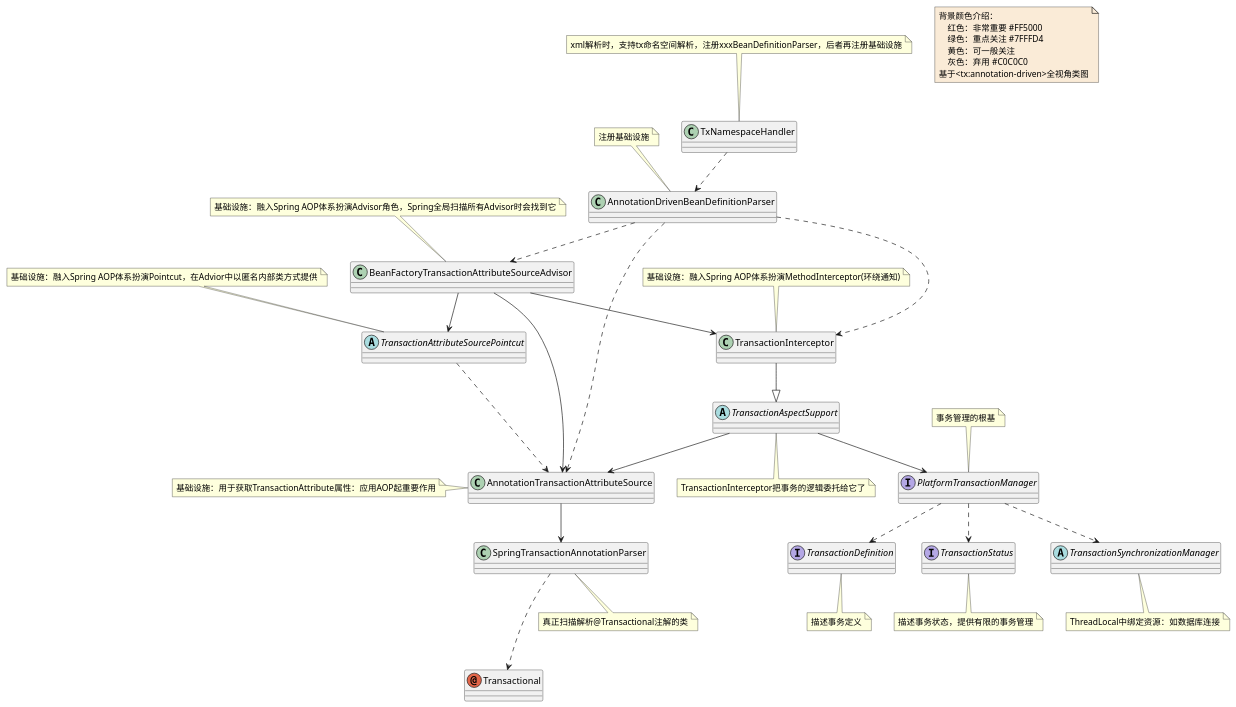
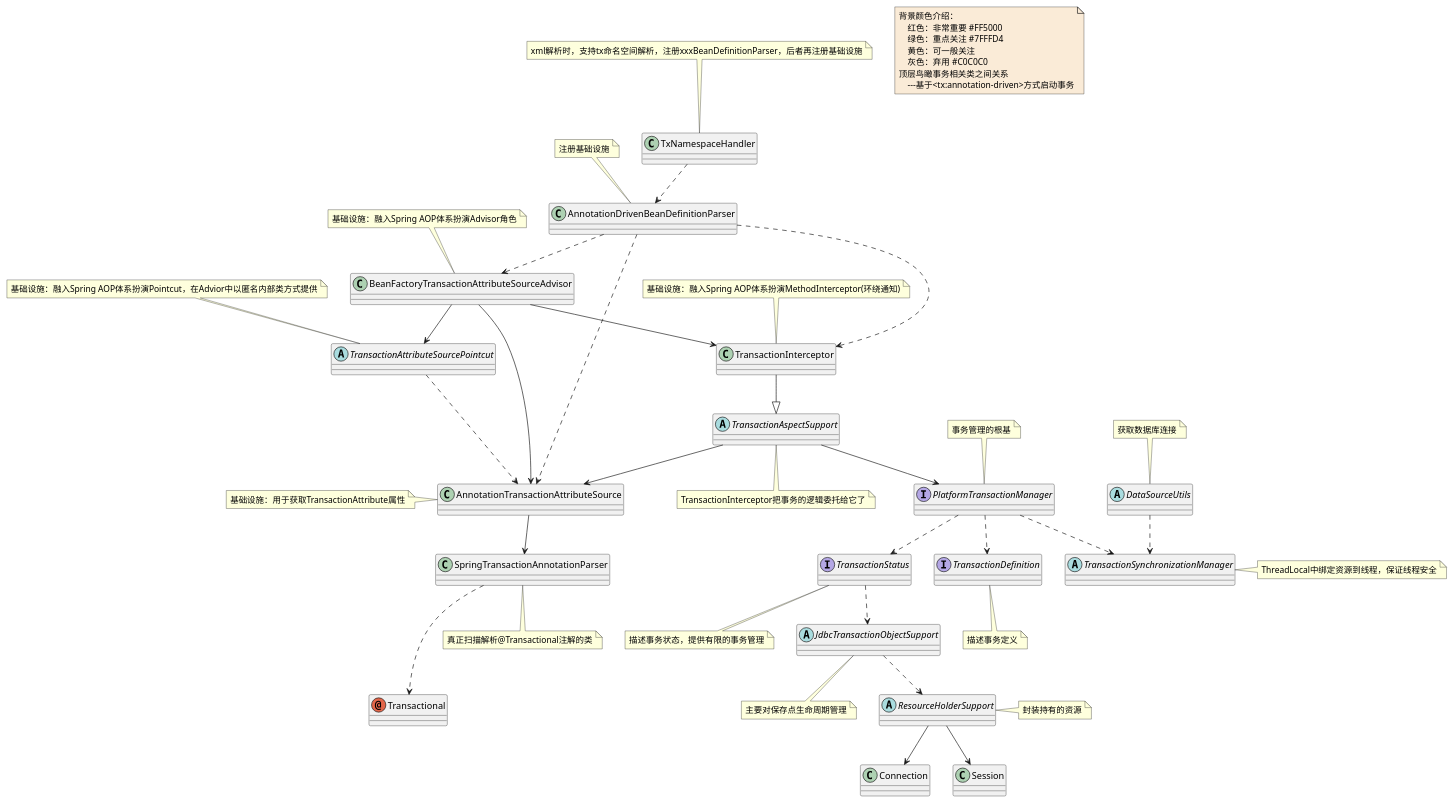
The diagram in document/spring/data/class/Top-Aerial-View-Transaction-class.puml (czwer/learn-spring-code), drawn with PlantUML before and after one commit. The commit also changed 23 other files, not shown here.

```diff
--- a/document/spring/data/class/Top-Aerial-View-Transaction-class.puml
+++ b/document/spring/data/class/Top-Aerial-View-Transaction-class.puml
@@ -1,85 +1,104 @@
 @startuml
 
 note  as N1 #FAEBD7
     背景颜色介绍：
         红色：非常重要 #FF5000
         绿色：重点关注 #7FFFD4
         黄色：可一般关注
         灰色：弃用 #C0C0C0
-    基于<tx:annotation-driven>全视角类图
+    顶层鸟瞰事务相关类之间关系
+        ---基于<tx:annotation-driven>方式启动事务
 end note
 
 
 class AnnotationDrivenBeanDefinitionParser
 note top :注册基础设施
 
 class AnnotationTransactionAttributeSource
-note left : 基础设施：用于获取TransactionAttribute属性：应用AOP起重要作用
+note left : 基础设施：用于获取TransactionAttribute属性
 
 class BeanFactoryTransactionAttributeSourceAdvisor
-note top : 基础设施：融入Spring AOP体系扮演Advisor角色，Spring全局扫描所有Advisor时会找到它
+note top : 基础设施：融入Spring AOP体系扮演Advisor角色
+
+abstract class DataSourceUtils
+note top : 获取数据库连接
+
+abstract class JdbcTransactionObjectSupport
+note bottom : 主要对保存点生命周期管理
 
 interface PlatformTransactionManager
 note top : 事务管理的根基
+
+abstract class ResourceHolderSupport
+note right : 封装持有的资源
 
 class SpringTransactionAnnotationParser
 note bottom : 真正扫描解析@Transactional注解的类
 
 annotation Transactional
 
 abstract class TransactionAspectSupport
 note bottom : TransactionInterceptor把事务的逻辑委托给它了
 
 
 abstract class TransactionAttributeSourcePointcut
 note top : 基础设施：融入Spring AOP体系扮演Pointcut，在Advior中以匿名内部类方式提供
 
 
 interface TransactionDefinition
 note bottom : 描述事务定义
 
 class TransactionInterceptor
 note top : 基础设施：融入Spring AOP体系扮演MethodInterceptor(环绕通知)
 
 class TxNamespaceHandler
 note top :xml解析时，支持tx命名空间解析，注册xxxBeanDefinitionParser，后者再注册基础设施
 
 interface TransactionStatus
 note bottom : 描述事务状态，提供有限的事务管理
 
 abstract class TransactionSynchronizationManager
-note bottom : ThreadLocal中绑定资源：如数据库连接
+note right : ThreadLocal中绑定资源到线程，保证线程安全
 
 AnnotationDrivenBeanDefinitionParser ..> AnnotationTransactionAttributeSource
 AnnotationDrivenBeanDefinitionParser ..> BeanFactoryTransactionAttributeSourceAdvisor
 AnnotationDrivenBeanDefinitionParser ..> TransactionInterceptor
 
 
 AnnotationTransactionAttributeSource --> SpringTransactionAnnotationParser
 
 BeanFactoryTransactionAttributeSourceAdvisor --> AnnotationTransactionAttributeSource
 BeanFactoryTransactionAttributeSourceAdvisor --> TransactionInterceptor
 BeanFactoryTransactionAttributeSourceAdvisor --> TransactionAttributeSourcePointcut
 
+DataSourceUtils ..> TransactionSynchronizationManager
 
+JdbcTransactionObjectSupport ..> ResourceHolderSupport
 
 PlatformTransactionManager ..> TransactionDefinition
 PlatformTransactionManager ..> TransactionStatus
 PlatformTransactionManager ..> TransactionSynchronizationManager
+
+
+ResourceHolderSupport --> Connection
+ResourceHolderSupport --> Session
+
 
 SpringTransactionAnnotationParser ...> Transactional
 
 
 TransactionAspectSupport --> AnnotationTransactionAttributeSource
 TransactionAspectSupport --> PlatformTransactionManager
 
 
 TransactionInterceptor --|> TransactionAspectSupport
 
 
 TransactionAttributeSourcePointcut ..> AnnotationTransactionAttributeSource
 
 
+TransactionStatus ..> JdbcTransactionObjectSupport
+
 TxNamespaceHandler ..> AnnotationDrivenBeanDefinitionParser
 
 @enduml
```
